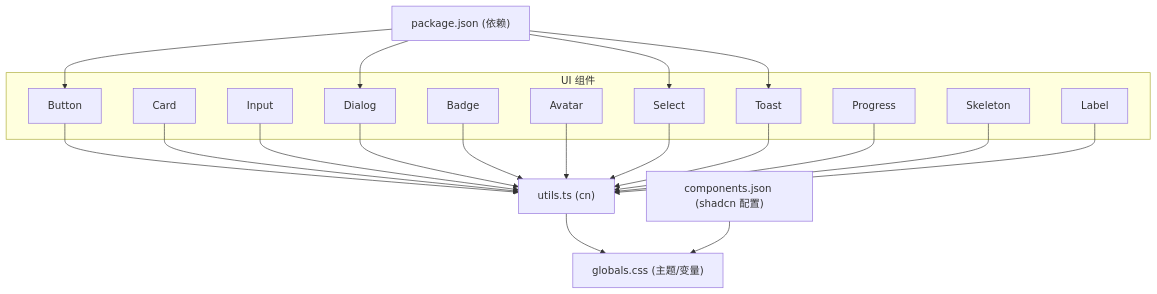
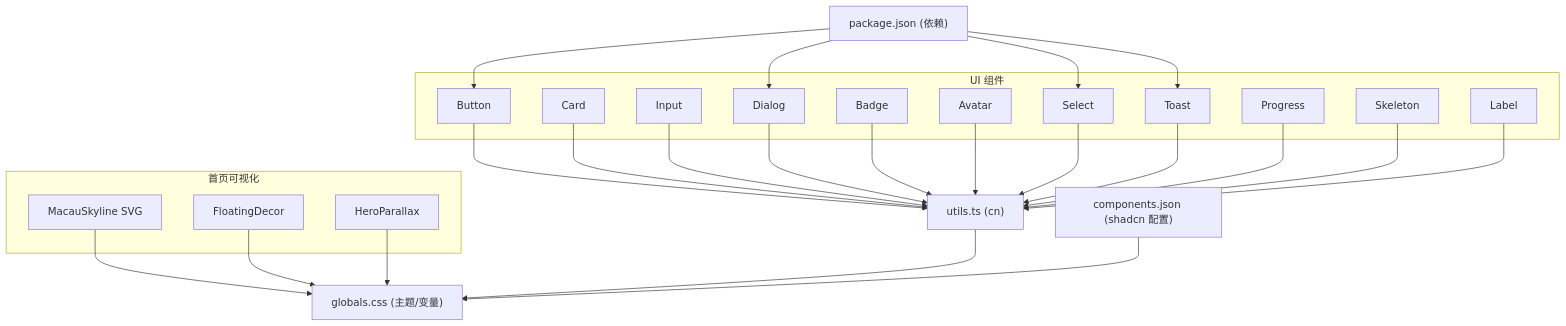
Before and after one commit to cccd123/macau-mystery: the first of 8 diagrams in .qoder/repowiki/zh/content/前端架构/UI组件系统/基础组件库.md, drawn with Mermaid. The commit also changed other lines of this file and 43 other files, not shown here.

````diff
--- a/.qoder/repowiki/zh/content/前端架构/UI组件系统/基础组件库.md
+++ b/.qoder/repowiki/zh/content/前端架构/UI组件系统/基础组件库.md
@@ -42,37 +53,45 @@
 ```mermaid
 graph TB
 subgraph "UI 组件"
 B["Button"]
 C["Card"]
 I["Input"]
 D["Dialog"]
 Ba["Badge"]
 A["Avatar"]
 S["Select"]
 T["Toast"]
 P["Progress"]
 Sk["Skeleton"]
 L["Label"]
+end
+subgraph "首页可视化"
+MS["MacauSkyline SVG"]
+FD["FloatingDecor"]
+HP["HeroParallax"]
 end
 U["utils.ts (cn)"]
 G["globals.css (主题/变量)"]
 J["components.json (shadcn 配置)"]
 PKG["package.json (依赖)"]
 B --> U
 C --> U
 I --> U
 D --> U
 Ba --> U
 A --> U
 S --> U
 T --> U
 P --> U
 Sk --> U
 L --> U
+MS --> G
+FD --> G
+HP --> G
 U --> G
 J --> G
 PKG --> B
 PKG --> D
 PKG --> S
 PKG --> T
 ```
````
